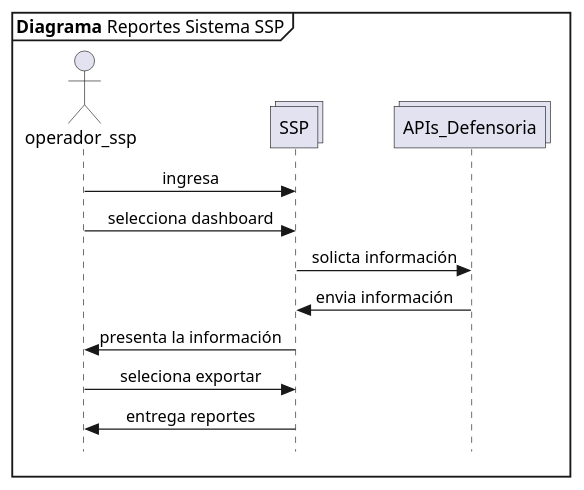
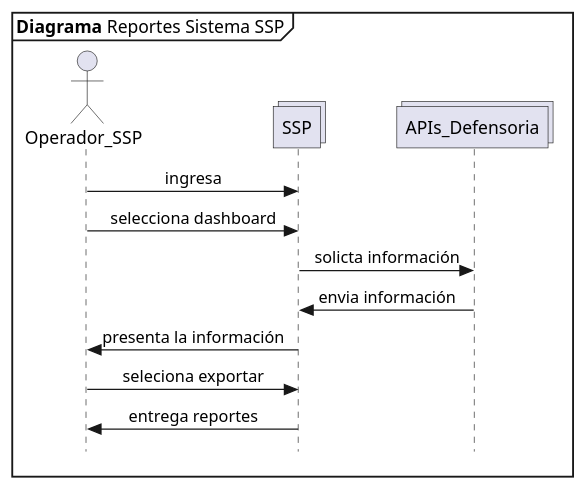
One commit to n1m0d0/defdiag changed the diagram in propuesta SSP/16 reportes.plantuml. Above: the diagram before and after it, drawn with PlantUML. The commit also changed 1 other file, not shown here.

```diff
--- a/propuesta SSP/16 reportes.plantuml
+++ b/propuesta SSP/16 reportes.plantuml
@@ -1,19 +1,19 @@
 @startuml Dashboard de Reportes
 skinparam Style strictuml
 skinparam SequenceMessageAlignment center
 
 mainframe **Diagrama** Reportes Sistema SSP
 
-actor operador_ssp as opssp
+actor Operador_SSP as opssp
 collections SSP 
 collections APIs_Defensoria as apidef
 
 opssp -> SSP : ingresa
 opssp -> SSP : selecciona dashboard
 SSP -> apidef : solicta información
 apidef -> SSP : envia información
 SSP -> opssp : presenta la información
 opssp -> SSP : seleciona exportar
 SSP -> opssp : entrega reportes
 
 @enduml
```
